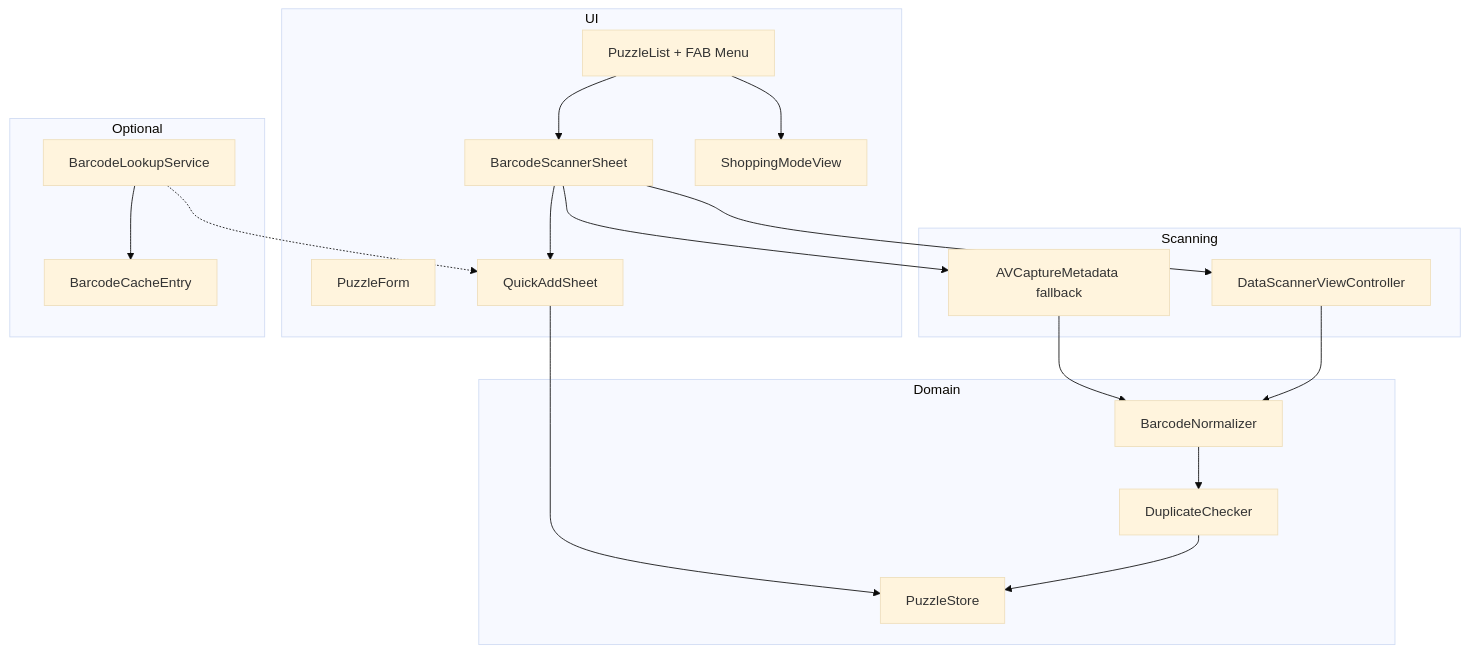
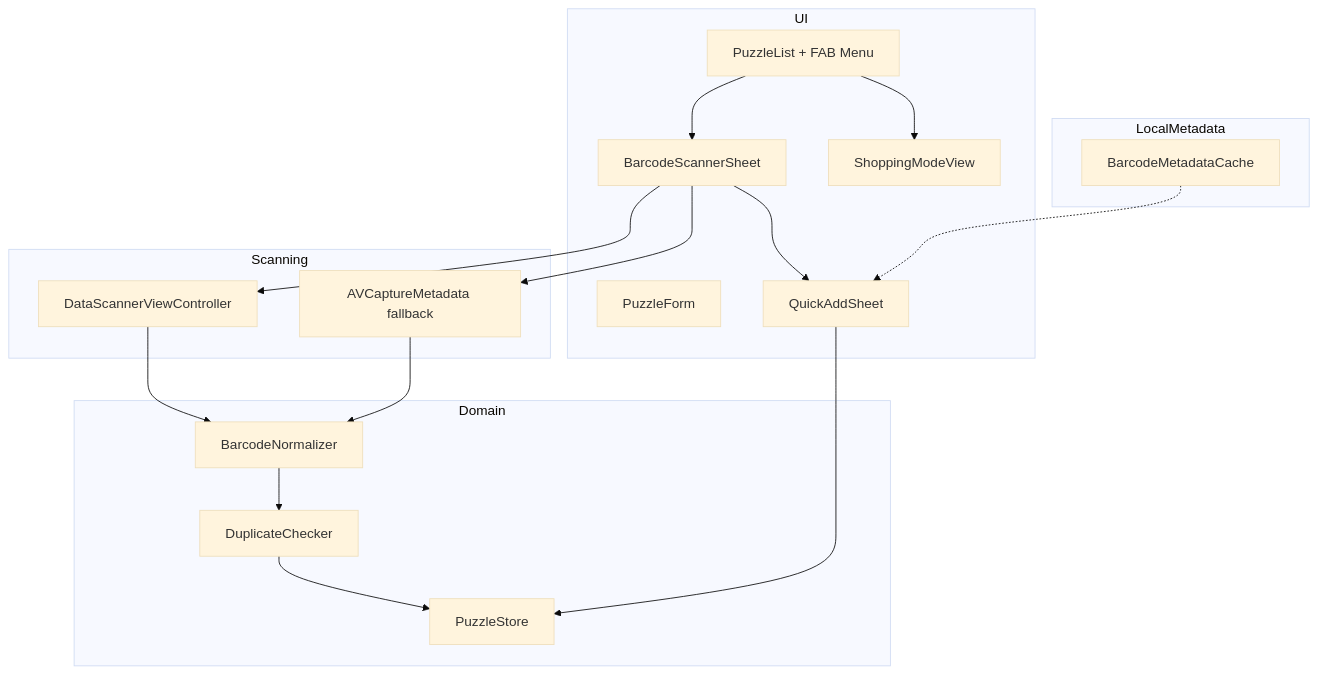
Before and after one commit to jacobrozell/PuzzleBuddy: the diagram in docs/spec-barcode-scanner.md, drawn with Mermaid (base theme). The commit also changed other lines of this file and 21 other files, not shown here.

First line of the commit message:
Remove UPCitemdb online barcode lookup.

````diff
--- a/docs/spec-barcode-scanner.md
+++ b/docs/spec-barcode-scanner.md
@@ -486,39 +482,37 @@
 ```mermaid
 flowchart TB
     subgraph UI
         PL[PuzzleList + FAB Menu]
         PF[PuzzleForm]
         BS[BarcodeScannerSheet]
         SM[ShoppingModeView]
         QA[QuickAddSheet]
     end
 
     subgraph Domain
         BN[BarcodeNormalizer]
         DC[DuplicateChecker]
         PS[PuzzleStore]
     end
 
     subgraph Scanning
         DSV[DataScannerViewController]
         AVC[AVCaptureMetadata fallback]
     end
 
-    subgraph Optional
-        BLS[BarcodeLookupService]
-        CACHE[BarcodeCacheEntry]
+    subgraph LocalMetadata
+        BMC[BarcodeMetadataCache]
     end
 
     PL --> BS
     PL --> SM
     BS --> DSV
     BS --> AVC
     DSV --> BN
     AVC --> BN
     BN --> DC
     DC --> PS
     BS --> QA
     QA --> PS
-    BLS --> CACHE
-    BLS -.-> QA
+    BMC -.-> QA
 ```
````
